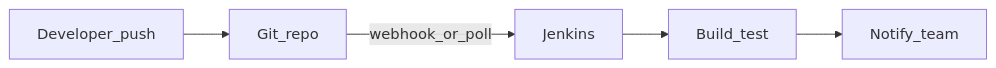
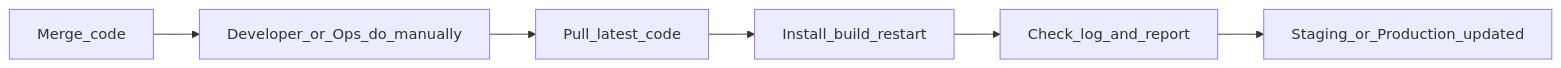
One commit to anh-quan1207/jenkins-basic changed the first of 2 diagrams in .cursor/plans/seminar_jenkins_cơ_bản_f105fc23.plan.md. Above: the diagram before and after it, drawn with Mermaid. The commit also changed other lines of this file and 284 other files, not shown here.

````diff
--- a/.cursor/plans/seminar_jenkins_cơ_bản_f105fc23.plan.md
+++ b/.cursor/plans/seminar_jenkins_cơ_bản_f105fc23.plan.md
@@ -72,13 +105,15 @@
 ```mermaid
 flowchart LR
-  dev[Developer_push]
-  git[Git_repo]
-  jenkins[Jenkins]
-  build[Build_test]
-  notify[Notify_team]
+  merge[Merge_code]
+  human[Developer_or_Ops_do_manually]
+  pull[Pull_latest_code]
+  build[Install_build_restart]
+  check[Check_log_and_report]
+  env[Staging_or_Production_updated]
 
-  dev --> git
-  git -->|webhook_or_poll| jenkins
-  jenkins --> build
-  build --> notify
+  merge --> human
+  human --> pull
+  pull --> build
+  build --> check
+  check --> env
 ```
````
